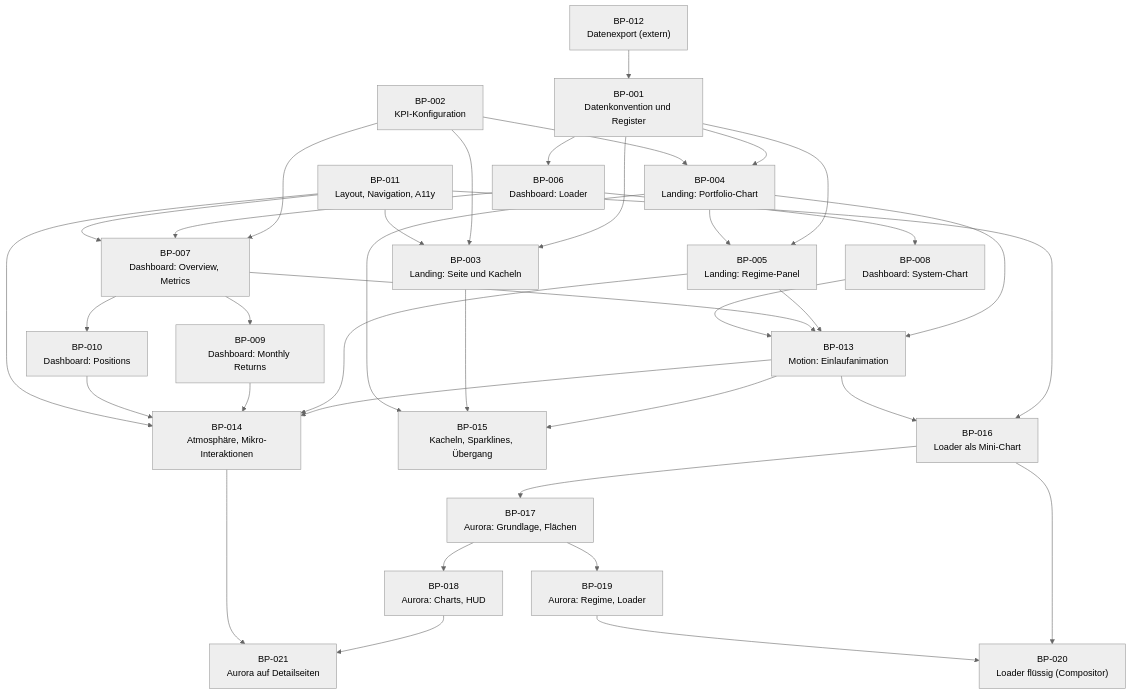
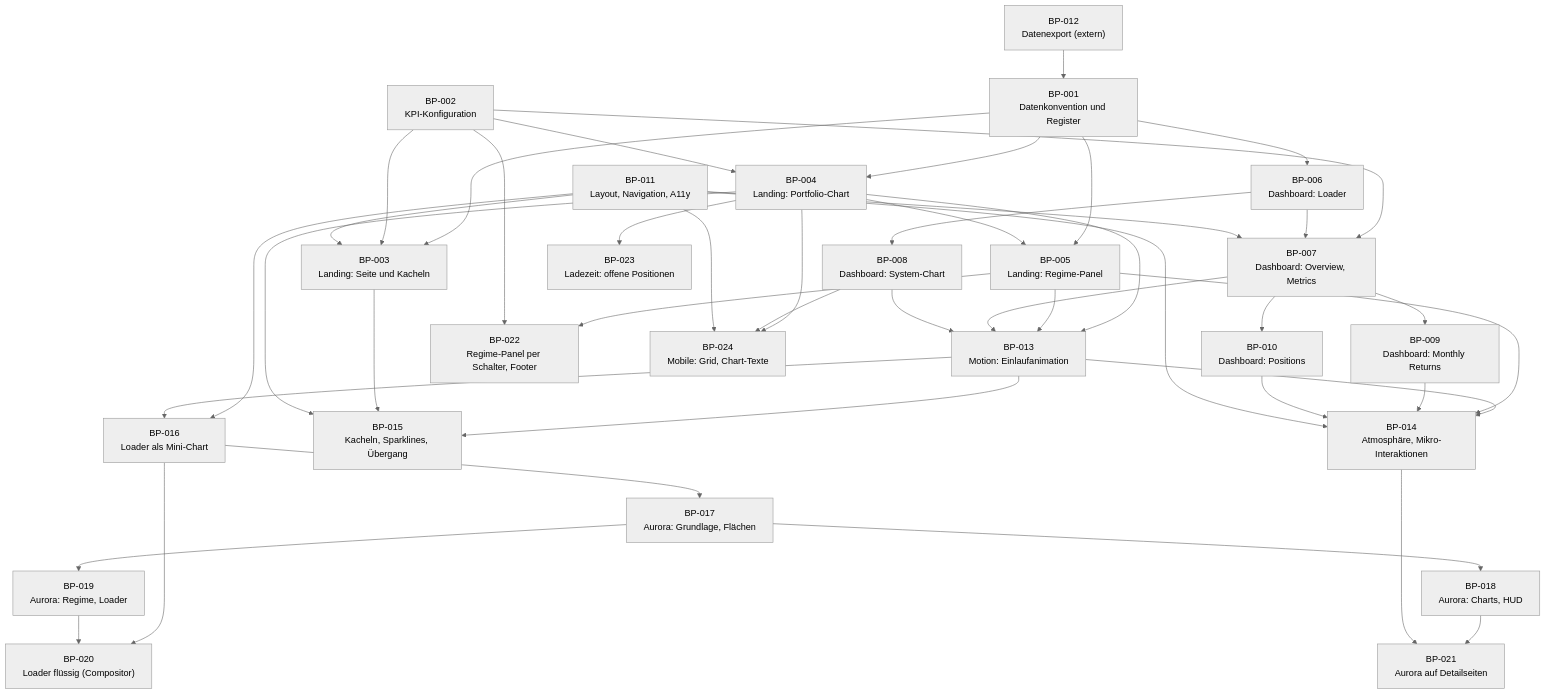
One commit to github-ascnet/WL-Trading-Systems-Overview changed the diagram in docs/sdd/build_plan.md. Above: the diagram before and after it, drawn with Mermaid (neutral theme). The commit also changed other lines of this file and 6 other files, not shown here.

First line of the commit message:
Speed up landing load and fix mobile layout and chart text (BP-023, BP-024)

````diff
--- a/docs/sdd/build_plan.md
+++ b/docs/sdd/build_plan.md
@@ -44,61 +44,70 @@
 ```mermaid
 flowchart TD
     BP001["BP-001<br/>Datenkonvention und Register"]
     BP002["BP-002<br/>KPI-Konfiguration"]
     BP003["BP-003<br/>Landing: Seite und Kacheln"]
     BP004["BP-004<br/>Landing: Portfolio-Chart"]
     BP005["BP-005<br/>Landing: Regime-Panel"]
     BP006["BP-006<br/>Dashboard: Loader"]
     BP007["BP-007<br/>Dashboard: Overview, Metrics"]
     BP008["BP-008<br/>Dashboard: System-Chart"]
     BP009["BP-009<br/>Dashboard: Monthly Returns"]
     BP010["BP-010<br/>Dashboard: Positions"]
     BP011["BP-011<br/>Layout, Navigation, A11y"]
     BP012["BP-012<br/>Datenexport (extern)"]
     BP013["BP-013<br/>Motion: Einlaufanimation"]
     BP014["BP-014<br/>Atmosphäre, Mikro-Interaktionen"]
     BP015["BP-015<br/>Kacheln, Sparklines, Übergang"]
     BP016["BP-016<br/>Loader als Mini-Chart"]
     BP017["BP-017<br/>Aurora: Grundlage, Flächen"]
     BP018["BP-018<br/>Aurora: Charts, HUD"]
     BP019["BP-019<br/>Aurora: Regime, Loader"]
     BP020["BP-020<br/>Loader flüssig (Compositor)"]
     BP021["BP-021<br/>Aurora auf Detailseiten"]
+    BP022["BP-022<br/>Regime-Panel per Schalter, Footer"]
+    BP023["BP-023<br/>Ladezeit: offene Positionen"]
+    BP024["BP-024<br/>Mobile: Grid, Chart-Texte"]
 
     BP012 --> BP001
     BP001 --> BP003
     BP001 --> BP004
     BP001 --> BP005
     BP001 --> BP006
     BP002 --> BP003
     BP002 --> BP004
     BP002 --> BP007
     BP006 --> BP007
     BP007 --> BP009
     BP007 --> BP010
     BP006 --> BP008
     BP004 --> BP005
     BP011 --> BP003
     BP011 --> BP007
     BP004 --> BP013
     BP005 --> BP013
     BP007 --> BP013
     BP008 --> BP013
     BP013 --> BP014
     BP005 --> BP014
     BP009 --> BP014
     BP010 --> BP014
     BP011 --> BP014
     BP013 --> BP015
     BP003 --> BP015
     BP004 --> BP015
     BP011 --> BP016
     BP013 --> BP016
     BP016 --> BP017
     BP017 --> BP018
     BP017 --> BP019
     BP016 --> BP020
     BP019 --> BP020
     BP018 --> BP021
     BP014 --> BP021
+    BP005 --> BP022
+    BP002 --> BP022
+    BP004 --> BP023
+    BP004 --> BP024
+    BP008 --> BP024
+    BP011 --> BP024
 ```
````
